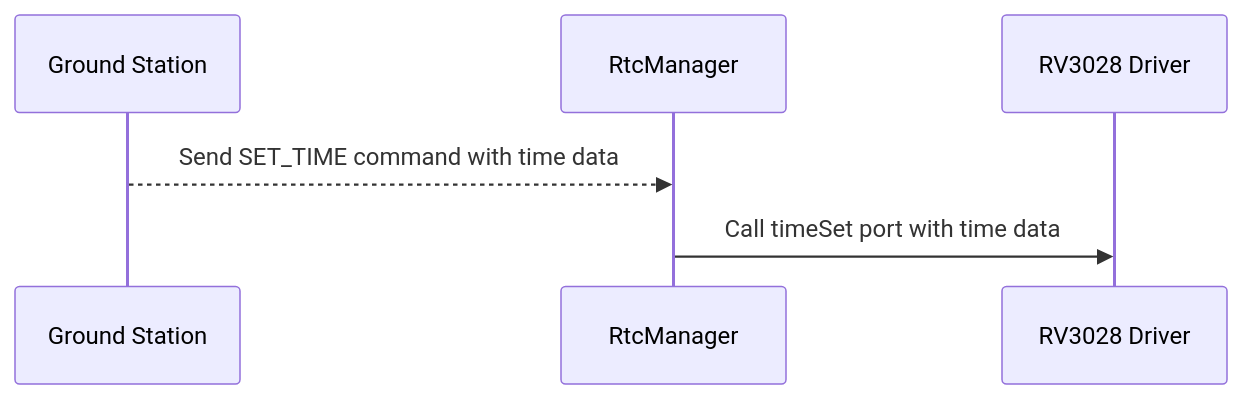
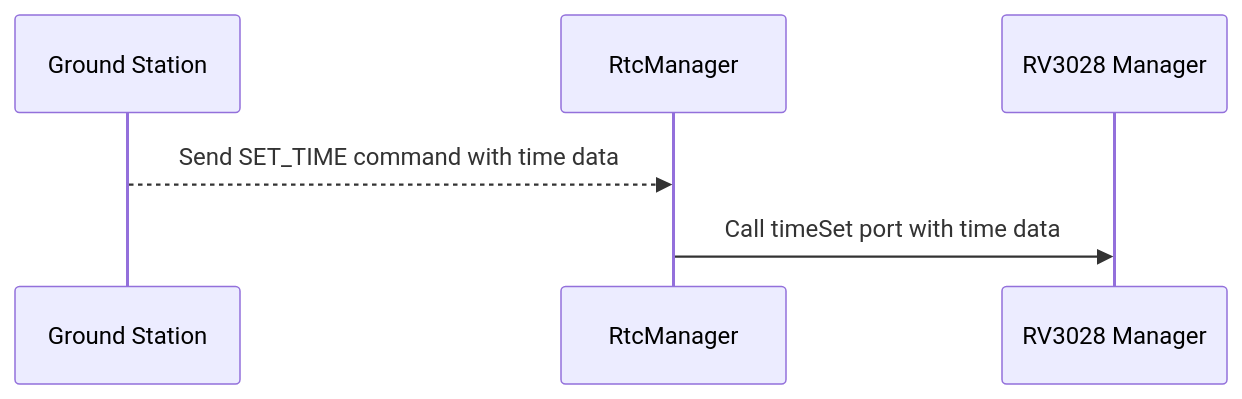
The second of 3 diagrams in FprimeZephyrReference/Components/RtcManager/docs/sdd.md (Open-Source-Space-Foundation/proves-core-reference), drawn with Mermaid before and after one commit. The commit also changed other lines of this file and 3 other files, not shown here.

````diff
--- a/FprimeZephyrReference/Components/RtcManager/docs/sdd.md
+++ b/FprimeZephyrReference/Components/RtcManager/docs/sdd.md
@@ -65,8 +65,8 @@
 ```mermaid
 sequenceDiagram
     participant Ground Station
     participant RtcManager
-    participant RV3028 Driver
+    participant RV3028 Manager
     Ground Station-->>RtcManager: Send SET_TIME command with time data
-    RtcManager->>RV3028 Driver: Call timeSet port with time data
+    RtcManager->>RV3028 Manager: Call timeSet port with time data
 ```
````
